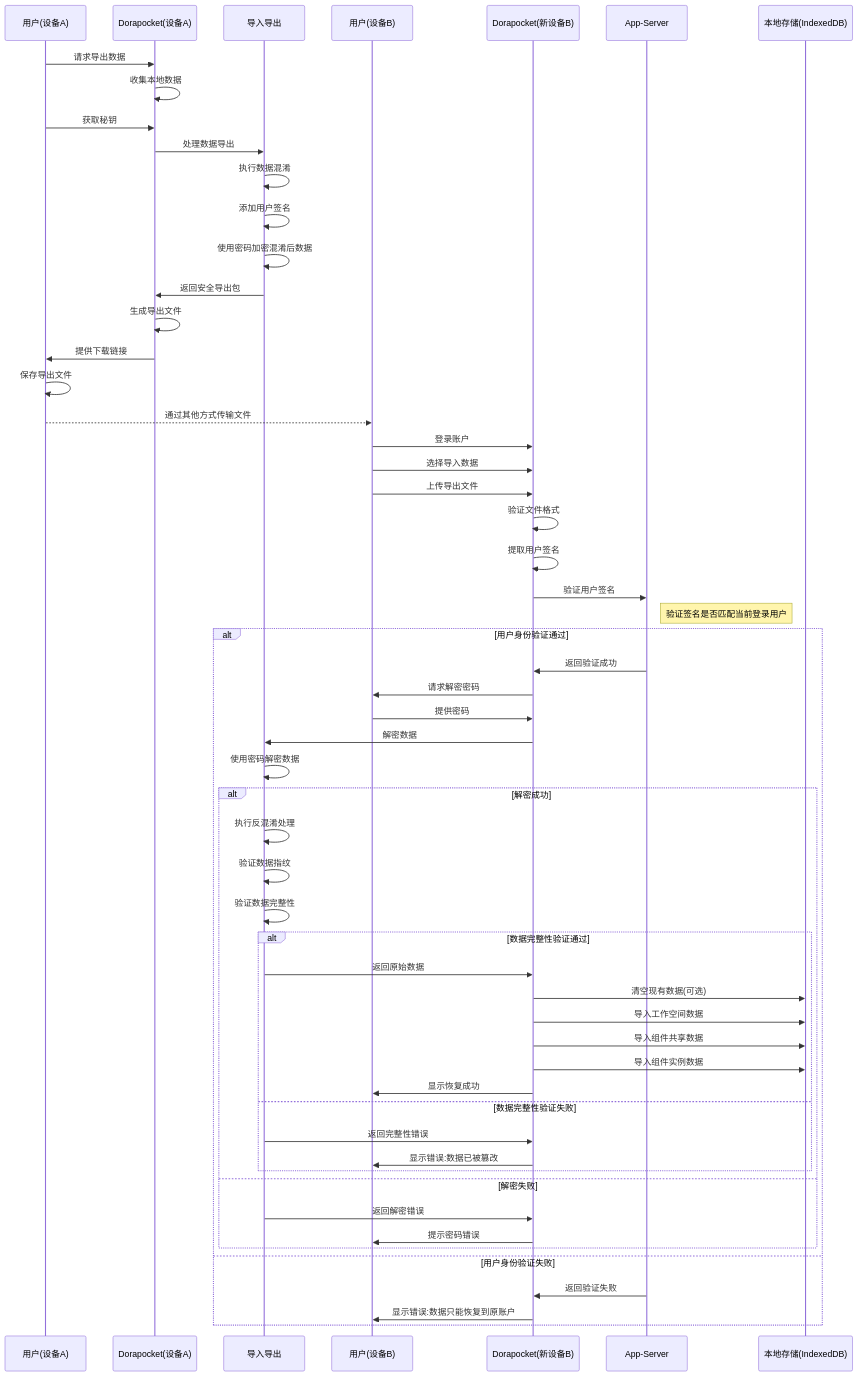
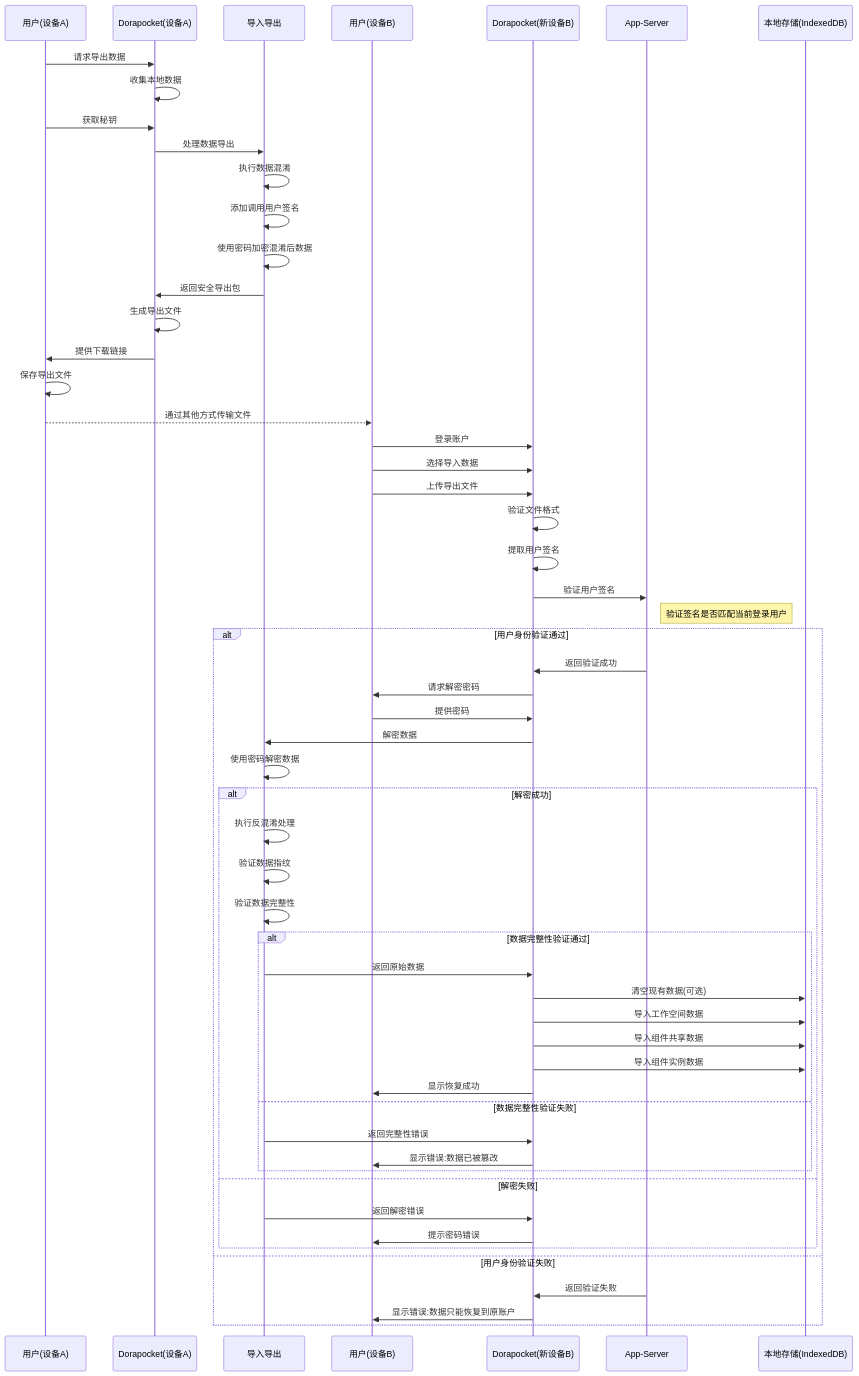
The diagram in all/未命名-34.md (yingjianzh/iodraw-files), drawn with Mermaid before and after one commit.

Commit message:
2025-04-17 16:51:32 update

````diff
--- a/all/未命名-34.md
+++ b/all/未命名-34.md
@@ -1,72 +1,72 @@
 ```mermaid
 sequenceDiagram
     participant UserOld as 用户(设备A)
     participant AppOld as Dorapocket(设备A)
     participant Security as 导入导出
     participant UserNew as 用户(设备B)
     participant AppNew as Dorapocket(新设备B)
     participant AppServer as App-Server
     participant LocalDB as 本地存储(IndexedDB)
     
     %% 导出流程
     UserOld->>AppOld: 请求导出数据
     AppOld->>AppOld: 收集本地数据
     UserOld->>AppOld: 获取秘钥
     
     AppOld->>Security: 处理数据导出
     Security->>Security: 执行数据混淆
-    Security->>Security: 添加用户签名
+    Security->>Security: 添加调用用户签名
     Security->>Security: 使用密码加密混淆后数据
     Security->>AppOld: 返回安全导出包
     
     AppOld->>AppOld: 生成导出文件
     AppOld->>UserOld: 提供下载链接
     UserOld->>UserOld: 保存导出文件
     
     %% 传输文件(由用户完成)
     UserOld-->>UserNew: 通过其他方式传输文件
     
     %% 恢复流程
     UserNew->>AppNew: 登录账户
     UserNew->>AppNew: 选择导入数据
     UserNew->>AppNew: 上传导出文件
     
     AppNew->>AppNew: 验证文件格式
     AppNew->>AppNew: 提取用户签名
     
     AppNew->>AppServer: 验证用户签名
     note right of AppServer: 验证签名是否匹配当前登录用户
     
     alt 用户身份验证通过
         AppServer->>AppNew: 返回验证成功
         AppNew->>UserNew: 请求解密密码
         UserNew->>AppNew: 提供密码
         
         AppNew->>Security: 解密数据
         Security->>Security: 使用密码解密数据
         
         alt 解密成功
             Security->>Security: 执行反混淆处理
             Security->>Security: 验证数据指纹
             Security->>Security: 验证数据完整性
             
             alt 数据完整性验证通过
                 Security->>AppNew: 返回原始数据
                 AppNew->>LocalDB: 清空现有数据(可选)
                 AppNew->>LocalDB: 导入工作空间数据
                 AppNew->>LocalDB: 导入组件共享数据
                 AppNew->>LocalDB: 导入组件实例数据
                 AppNew->>UserNew: 显示恢复成功
             else 数据完整性验证失败
                 Security->>AppNew: 返回完整性错误
                 AppNew->>UserNew: 显示错误:数据已被篡改
             end
         else 解密失败
             Security->>AppNew: 返回解密错误
             AppNew->>UserNew: 提示密码错误
         end
     else 用户身份验证失败
         AppServer->>AppNew: 返回验证失败
         AppNew->>UserNew: 显示错误:数据只能恢复到原账户
     end
 ```
````
